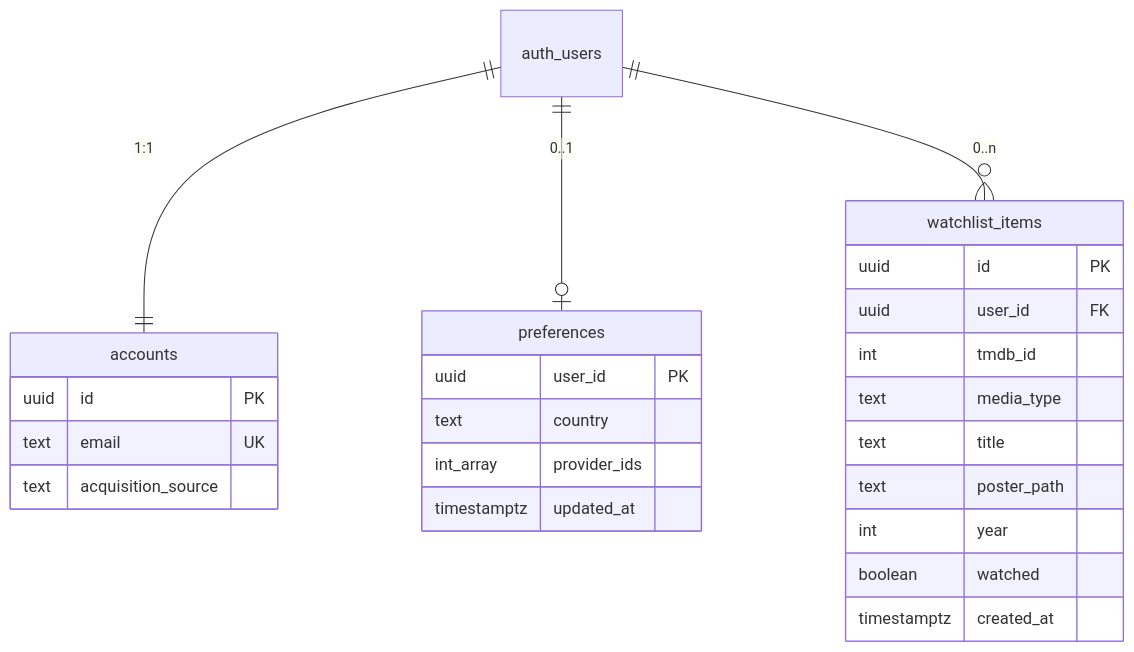
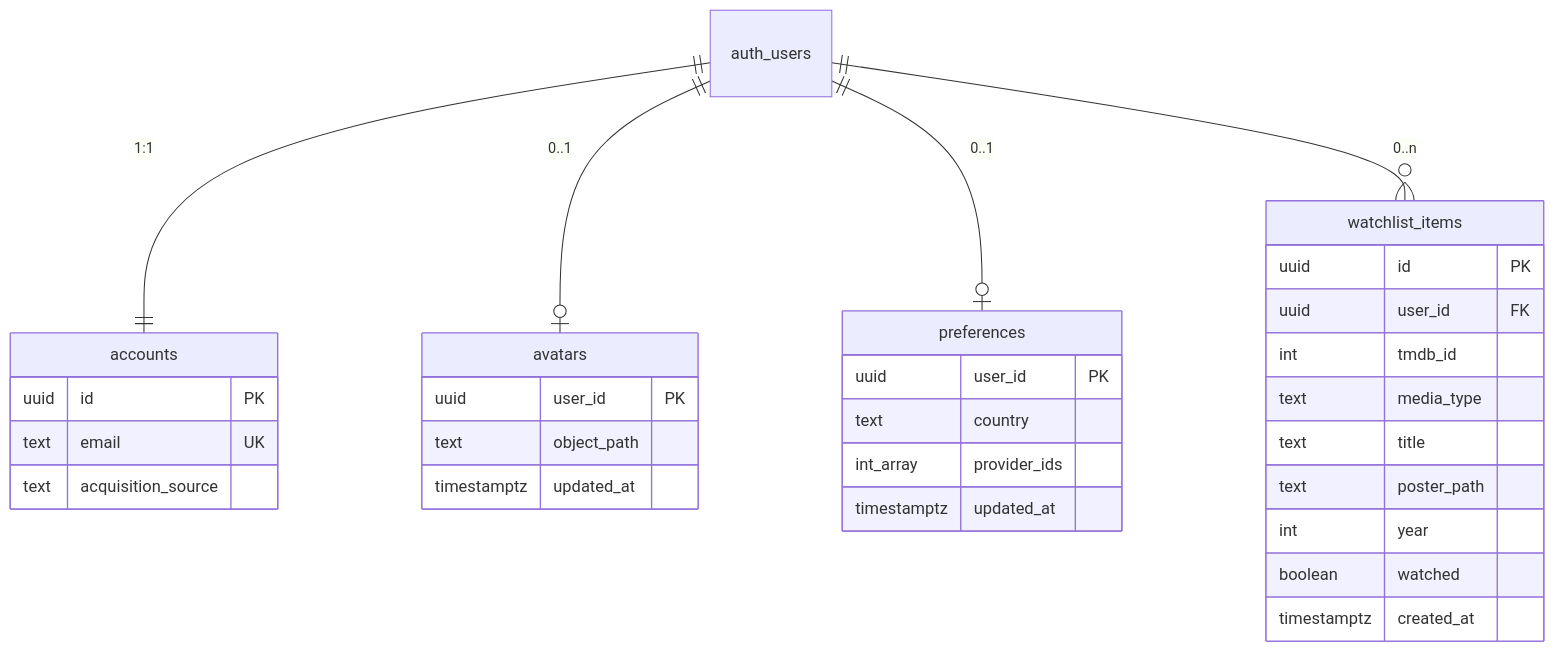
One commit to omarcosaps/watchly changed the second of 2 diagrams in docs/SSD.md. Above: the diagram before and after it, drawn with Mermaid. The commit also changed other lines of this file and 2 other files, not shown here.

````diff
--- a/docs/SSD.md
+++ b/docs/SSD.md
@@ -166,31 +172,38 @@
 ```mermaid
 erDiagram
     auth_users ||--|| accounts : "1:1"
+    auth_users ||--o| avatars : "0..1"
     auth_users ||--o| preferences : "0..1"
     auth_users ||--o{ watchlist_items : "0..n"
 
     accounts {
         uuid id PK
         text email UK
         text acquisition_source
+    }
+
+    avatars {
+        uuid user_id PK
+        text object_path
+        timestamptz updated_at
     }
 
     preferences {
         uuid user_id PK
         text country
         int_array provider_ids
         timestamptz updated_at
     }
 
     watchlist_items {
         uuid id PK
         uuid user_id FK
         int tmdb_id
         text media_type
         text title
         text poster_path
         int year
         boolean watched
         timestamptz created_at
     }
 ```
````
